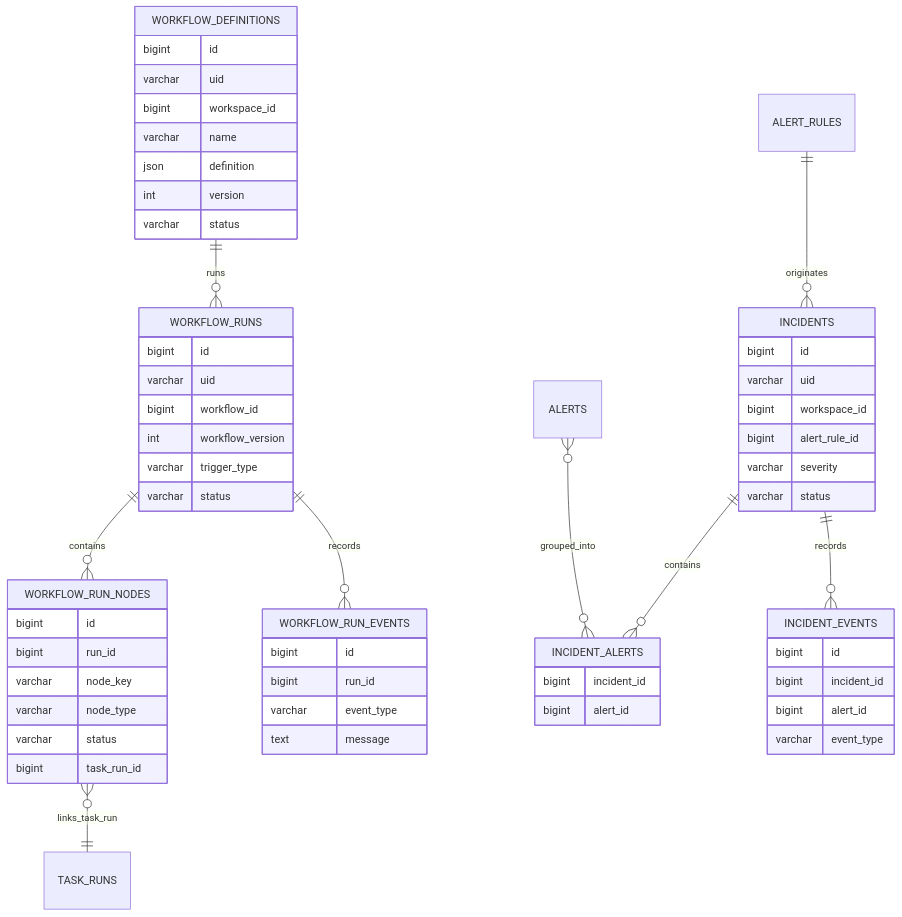
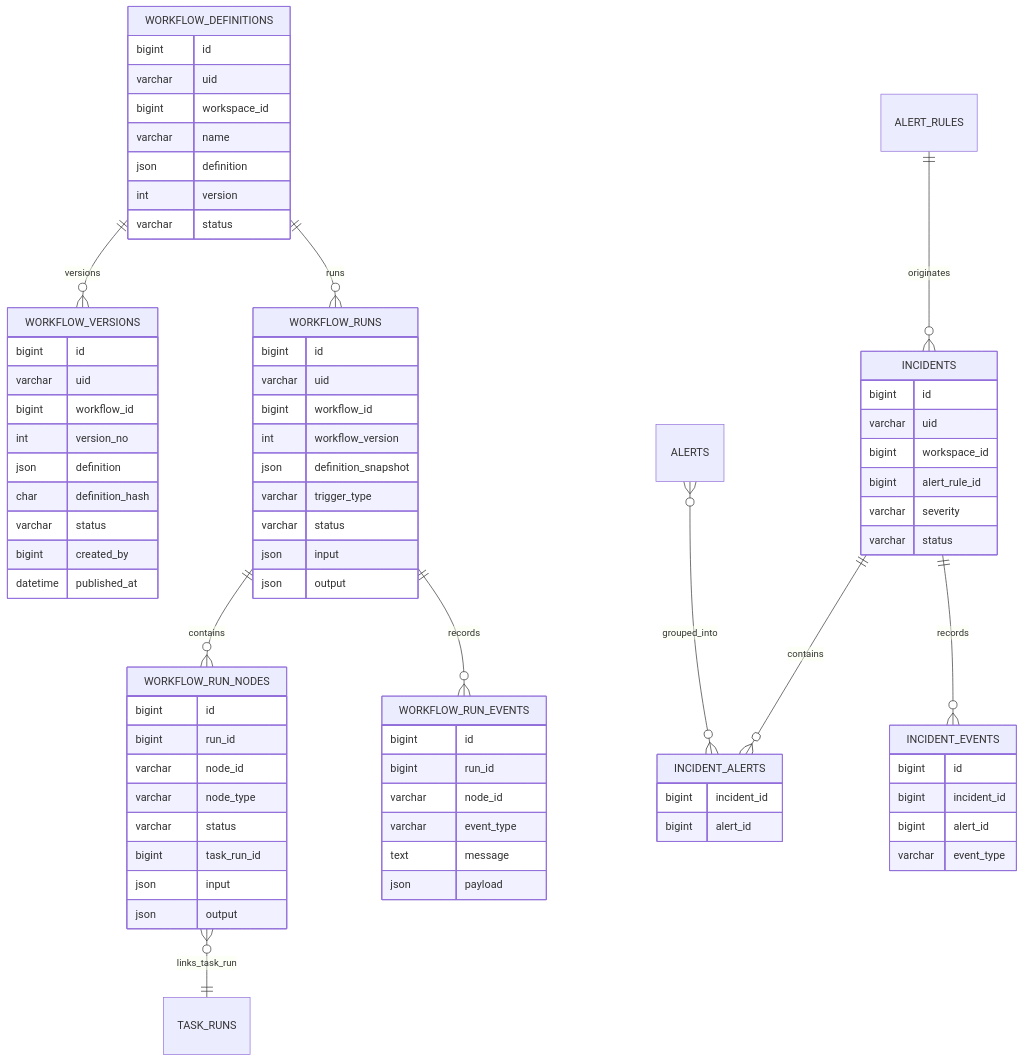
The fourth of 5 diagrams in docs/UML/core-uml-v1.0-update.en.md (Zhenmeng8023/OpsPilot), drawn with Mermaid before and after one commit. The commit also changed other lines of this file and 71 other files, not shown here.

Commit message:
本次改动主要补齐 V1.0 的 Workflow、Webhook、Audit、Secret 治理与发布验收能力，并同步了 OpenAPI、前端、迁移、Release 文档和 UML 图。 操作人:枕梦

````diff
--- a/docs/UML/core-uml-v1.0-update.en.md
+++ b/docs/UML/core-uml-v1.0-update.en.md
@@ -131,5 +145,6 @@
 ```mermaid
 erDiagram
+  WORKFLOW_DEFINITIONS ||--o{ WORKFLOW_VERSIONS : versions
   WORKFLOW_DEFINITIONS ||--o{ WORKFLOW_RUNS : runs
   WORKFLOW_RUNS ||--o{ WORKFLOW_RUN_NODES : contains
   WORKFLOW_RUNS ||--o{ WORKFLOW_RUN_EVENTS : records
@@ -150,29 +165,48 @@
     varchar status
   }
 
+  WORKFLOW_VERSIONS {
+    bigint id
+    varchar uid
+    bigint workflow_id
+    int version_no
+    json definition
+    char definition_hash
+    varchar status
+    bigint created_by
+    datetime published_at
+  }
+
   WORKFLOW_RUNS {
     bigint id
     varchar uid
     bigint workflow_id
     int workflow_version
+    json definition_snapshot
     varchar trigger_type
     varchar status
+    json input
+    json output
   }
 
   WORKFLOW_RUN_NODES {
     bigint id
     bigint run_id
-    varchar node_key
+    varchar node_id
     varchar node_type
     varchar status
     bigint task_run_id
+    json input
+    json output
   }
 
   WORKFLOW_RUN_EVENTS {
     bigint id
     bigint run_id
+    varchar node_id
     varchar event_type
     text message
+    json payload
   }
 
   INCIDENTS {
````
